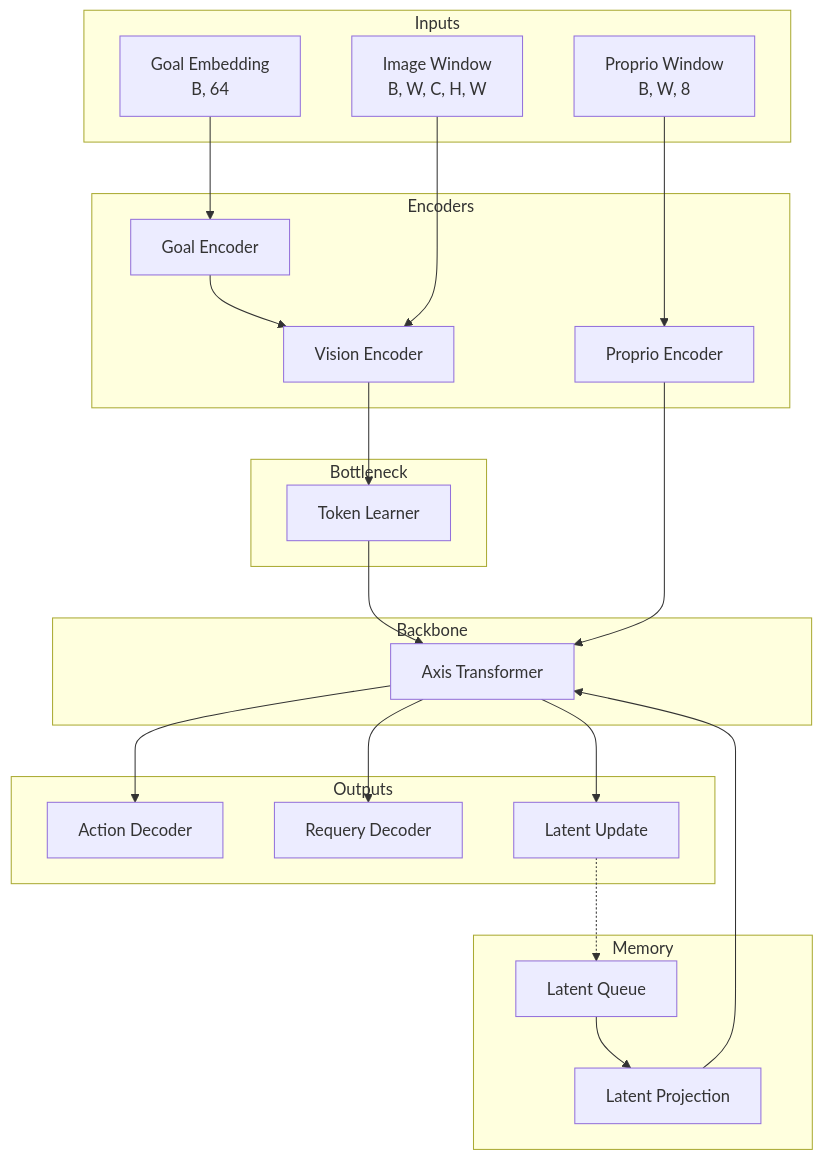
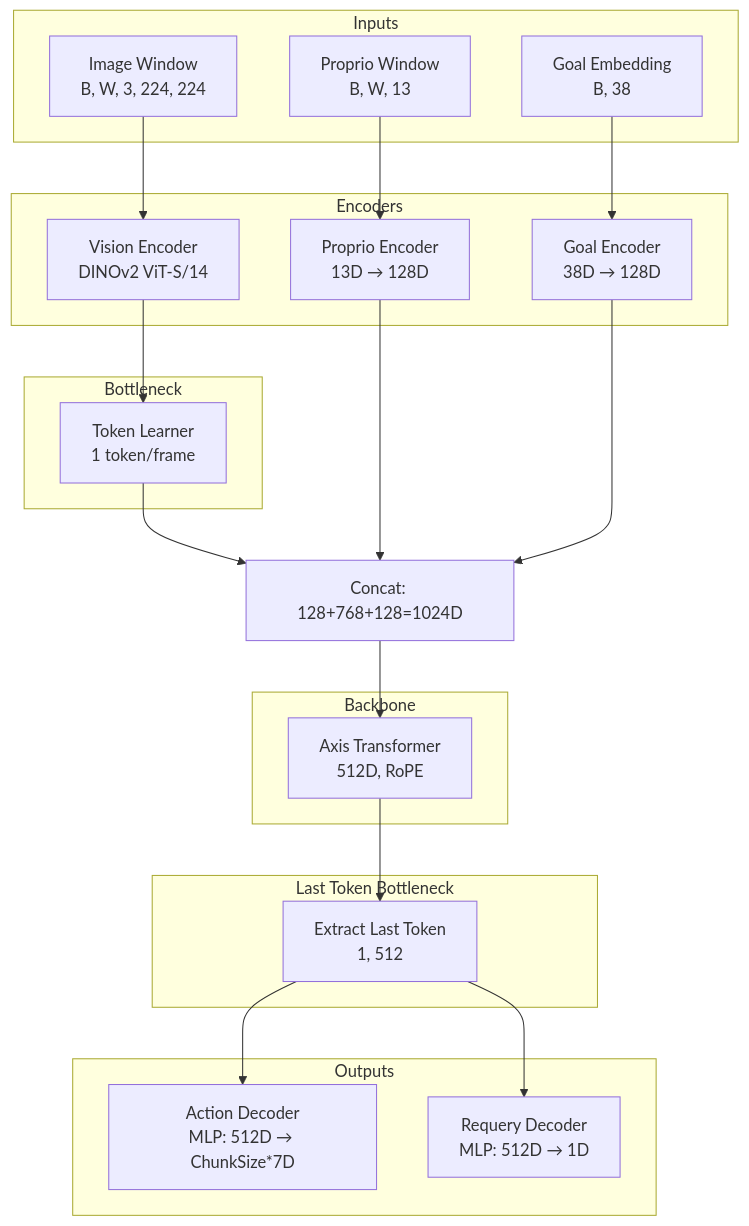
Before and after one commit to Thoooomas14/Axis: the diagram in docs/model_design.md, drawn with Mermaid. The commit also changed other lines of this file and 72 other files, not shown here.

````diff
--- a/docs/model_design.md
+++ b/docs/model_design.md
@@ -17,49 +17,44 @@
 ```mermaid
 graph TD
     subgraph Inputs
-        Img[Image Window<br/>B, W, C, H, W]
-        Prop[Proprio Window<br/>B, W, 8]
-        Goal[Goal Embedding<br/>B, 64]
+        Img[Image Window<br/>B, W, 3, 224, 224]
+        Prop[Proprio Window<br/>B, W, 13]
+        Goal[Goal Embedding<br/>B, 38]
     end
 
     subgraph Encoders
-        VE[Vision Encoder]
-        GE[Goal Encoder]
-        PE[Proprio Encoder]
+        VE[Vision Encoder<br/>DINOv2 ViT-S/14]
+        PE[Proprio Encoder<br/>13D → 128D]
+        GE[Goal Encoder<br/>38D → 128D]
     end
 
     subgraph Bottleneck
-        TL[Token Learner]
-    end
-
-    subgraph Memory
-        LQ[Latent Queue]
-        LP[Latent Projection]
+        TL[Token Learner<br/>1 token/frame]
     end
 
     subgraph Backbone
-        T[Axis Transformer]
+        T[Axis Transformer<br/>512D, RoPE]
+    end
+
+    subgraph "Last Token Bottleneck"
+        LT[Extract Last Token<br/>1, 512]
     end
 
     subgraph Outputs
-        AD[Action Decoder]
-        RD[Requery Decoder]
-        L_Out[Latent Update]
+        AD[Action Decoder<br/>MLP: 512D → ChunkSize*7D]
+        RD[Requery Decoder<br/>MLP: 512D → 1D]
     end
 
-    Goal --> GE
-    GE --> VE
     Img --> VE --> TL
     Prop --> PE
+    Goal --> GE
     
-    LQ --> LP
+    TL --> Concat
+    PE --> Concat
+    GE --> Concat
+    Concat[Concat: 128+768+128=1024D] --> T
     
-    TL --> T
-    PE --> T
-    LP --> T
-    
-    T --> AD
-    T --> RD
-    T --> L_Out
-    L_Out -.-> LQ
+    T --> LT
+    LT --> AD
+    LT --> RD
 ```
````
